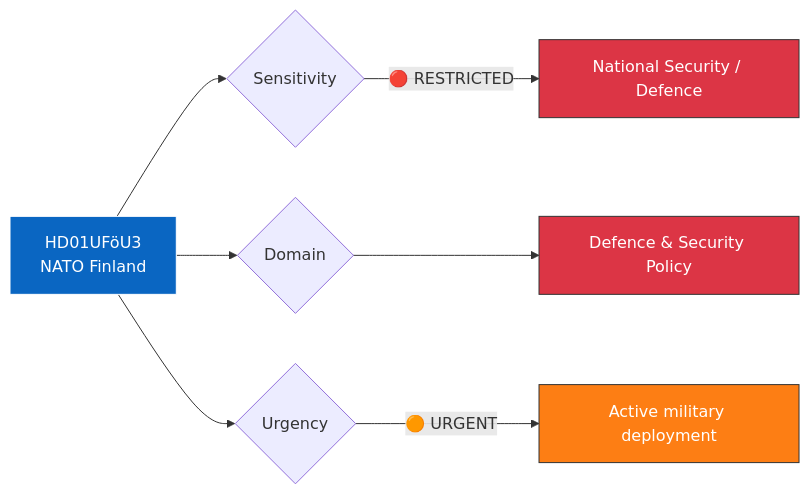
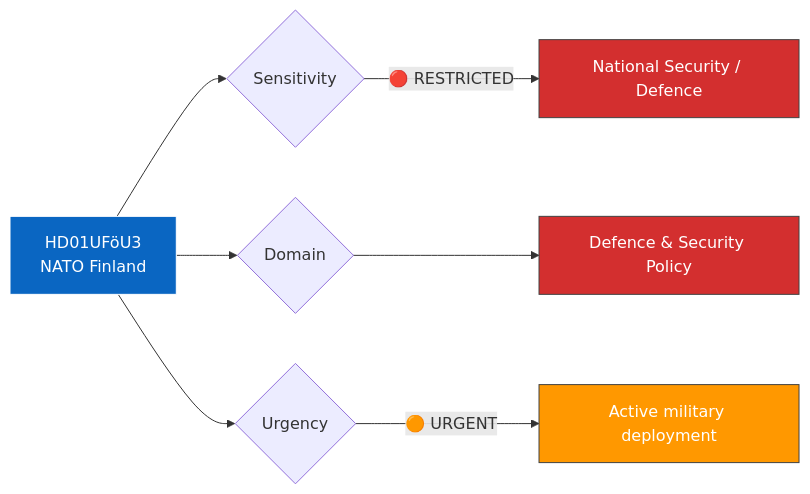
One commit to Hack23/riksdagsmonitor changed the diagram in analysis/daily/2026-04-13/realtime-1433/documents/HD01UFoU3-analysis.md. Above: the diagram before and after it, drawn with Mermaid. The commit also changed 785 other files, not shown here.

First line of the commit message:
Normalize mermaid colors across 786 analysis artifacts to ISMS Style Guide palette

````diff
--- a/analysis/daily/2026-04-13/realtime-1433/documents/HD01UFoU3-analysis.md
+++ b/analysis/daily/2026-04-13/realtime-1433/documents/HD01UFoU3-analysis.md
@@ -20,13 +20,13 @@
 ```mermaid
 graph LR
     A["HD01UFöU3<br/>NATO Finland"] --> B{"Sensitivity"}
     B -->|"🔴 RESTRICTED"| C["National Security / Defence"]
     A --> D{"Domain"}
     D --> E["Defence & Security Policy"]
     A --> F{"Urgency"}
     F -->|"🟠 URGENT"| G["Active military deployment"]
-    style A fill:#0A66C2,stroke:#fff,color:#fff
-    style C fill:#dc3545,stroke:#333,color:#fff
-    style E fill:#dc3545,stroke:#333,color:#fff
-    style G fill:#fd7e14,stroke:#333,color:#fff
+    style A fill:#0A66C2,stroke:#FFFFFF,color:#FFFFFF
+    style C fill:#D32F2F,stroke:#424242,color:#FFFFFF
+    style E fill:#D32F2F,stroke:#424242,color:#FFFFFF
+    style G fill:#FF9800,stroke:#424242,color:#FFFFFF
 ```
````
